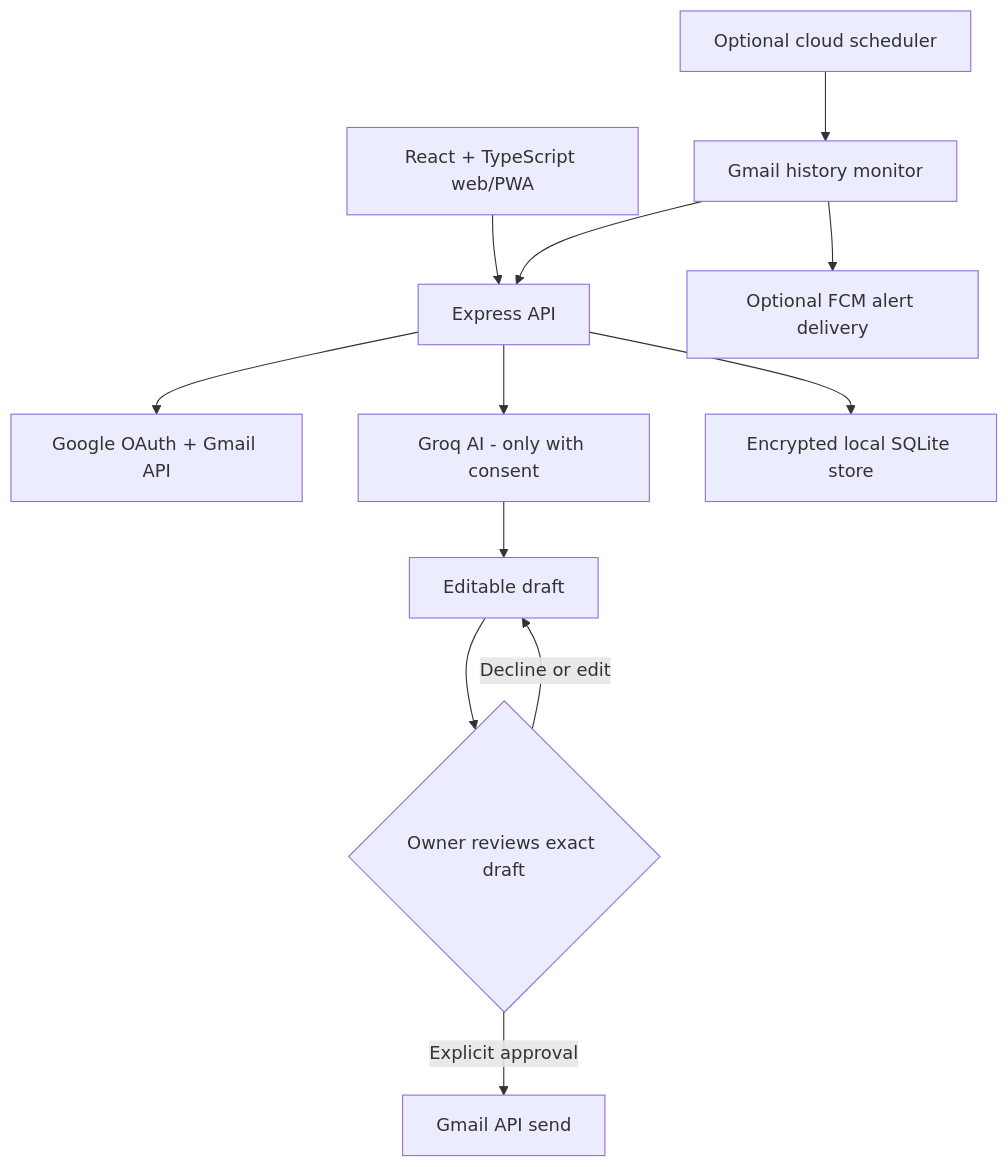
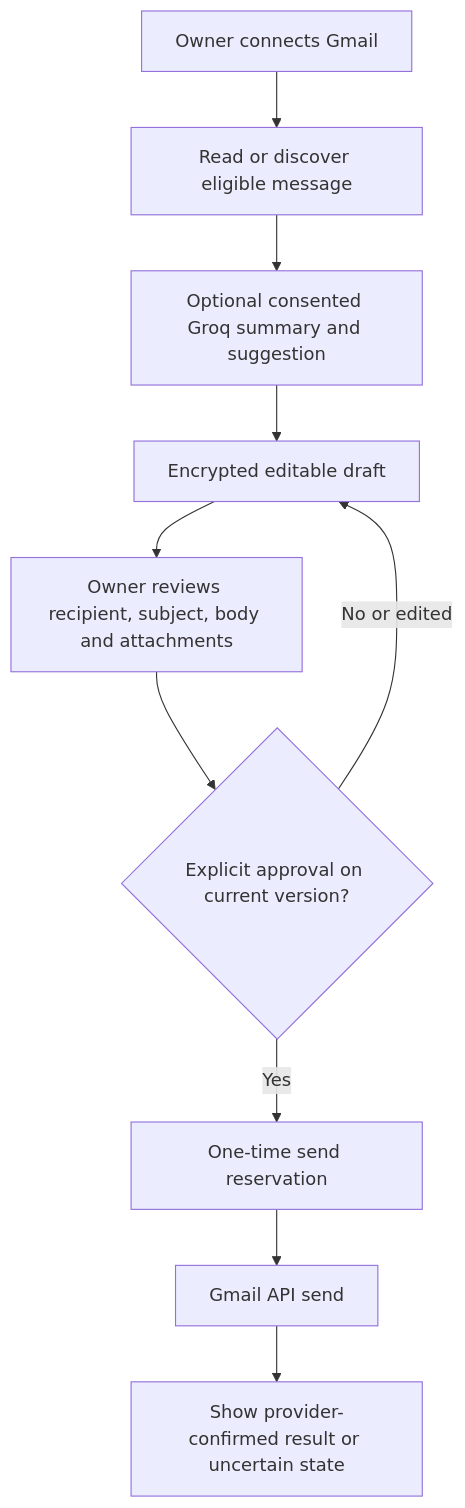
The diagram in README.md (saimbashir/LifePilot-AI), drawn with Mermaid before and after one commit. The commit also changed other lines of this file and 112 other files, not shown here.

````diff
--- a/README.md
+++ b/README.md
@@ -47,14 +46,12 @@
 ```mermaid
 flowchart TD
-    UI[React + TypeScript web/PWA] --> API[Express API]
-    API --> AUTH[Google OAuth + Gmail API]
-    API --> AI[Groq AI - only with consent]
-    API --> STORE[Encrypted local SQLite store]
-    SCHED[Optional cloud scheduler] --> MON[Gmail history monitor]
-    MON --> API
-    MON --> PUSH[Optional FCM alert delivery]
-    AI --> DRAFT[Editable draft]
-    DRAFT --> REVIEW{Owner reviews exact draft}
-    REVIEW -->|Decline or edit| DRAFT
-    REVIEW -->|Explicit approval| SEND[Gmail API send]
+    A[Owner connects Gmail] --> B[Read or discover eligible message]
+    B --> C[Optional consented Groq summary and suggestion]
+    C --> D[Encrypted editable draft]
+    D --> E[Owner reviews recipient, subject, body and attachments]
+    E --> F{Explicit approval on current version?}
+    F -->|No or edited| D
+    F -->|Yes| G[One-time send reservation]
+    G --> H[Gmail API send]
+    H --> I[Show provider-confirmed result or uncertain state]
 ```
````
